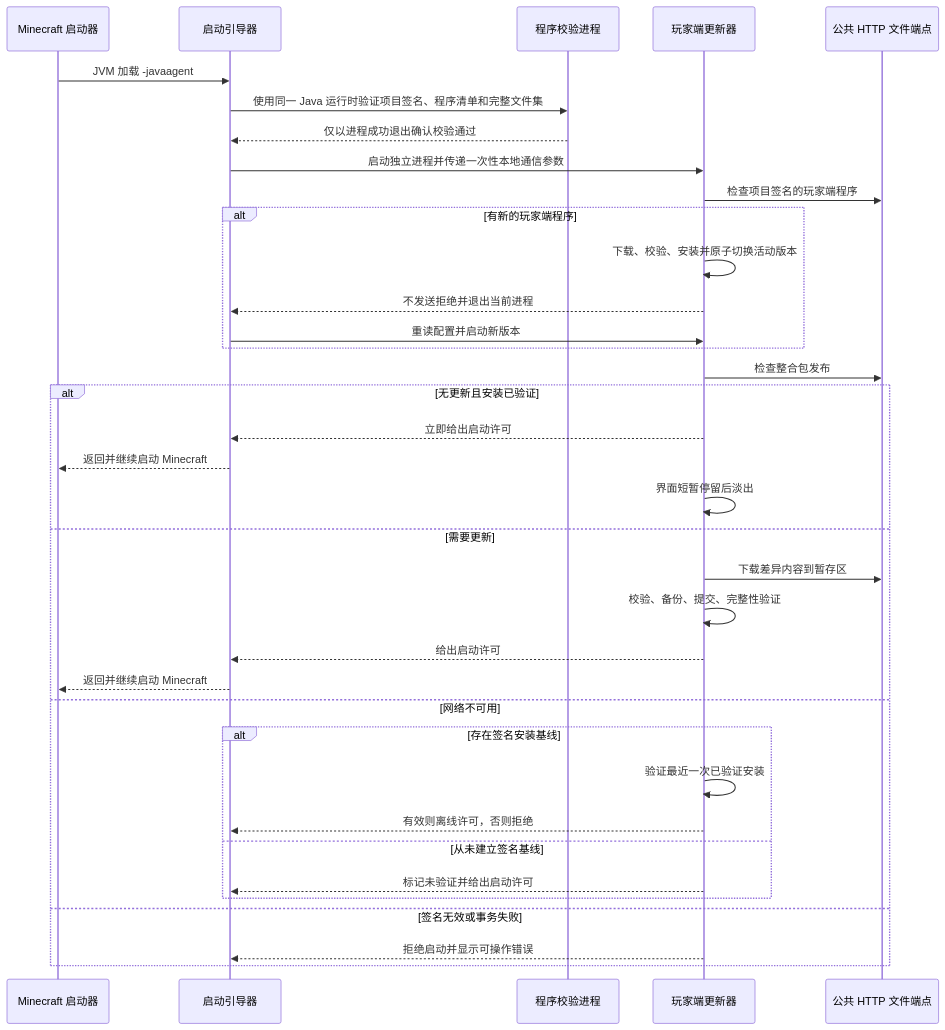
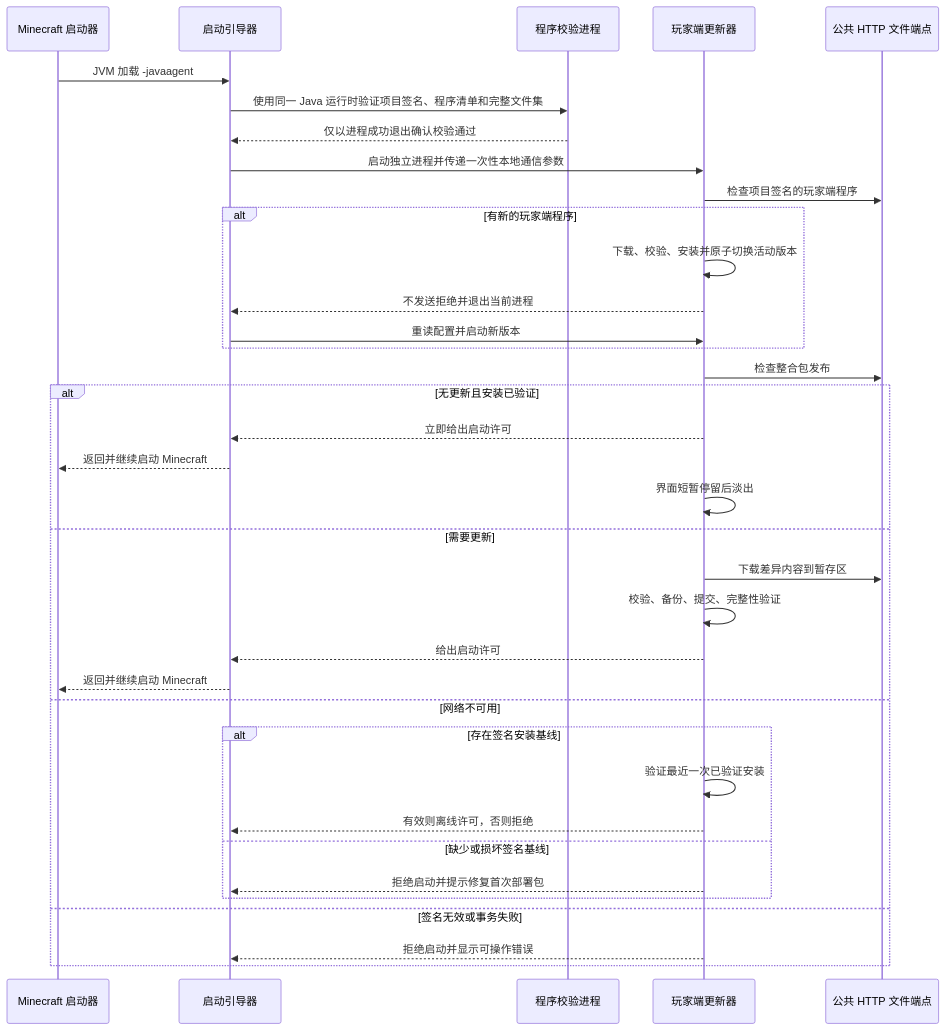
Before and after one commit to hanhanyu666/DreamingFish-Updater: the third of 3 diagrams in docs/V1-DESIGN.md, drawn with Mermaid. The commit also changed other lines of this file and 256 other files, not shown here.

````diff
--- a/docs/V1-DESIGN.md
+++ b/docs/V1-DESIGN.md
@@ -147,39 +168,39 @@
 ```mermaid
 sequenceDiagram
     participant L as Minecraft 启动器
     participant A as 启动引导器
     participant V as 程序校验进程
     participant U as 玩家端更新器
     participant H as 公共 HTTP 文件端点
 
     L->>A: JVM 加载 -javaagent
     A->>V: 使用同一 Java 运行时验证项目签名、程序清单和完整文件集
     V-->>A: 仅以进程成功退出确认校验通过
     A->>U: 启动独立进程并传递一次性本地通信参数
     U->>H: 检查项目签名的玩家端程序
     alt 有新的玩家端程序
         U->>U: 下载、校验、安装并原子切换活动版本
         U-->>A: 不发送拒绝并退出当前进程
         A->>U: 重读配置并启动新版本
     end
     U->>H: 检查整合包发布
     alt 无更新且安装已验证
         U-->>A: 立即给出启动许可
         A-->>L: 返回并继续启动 Minecraft
         U->>U: 界面短暂停留后淡出
     else 需要更新
         U->>H: 下载差异内容到暂存区
         U->>U: 校验、备份、提交、完整性验证
         U-->>A: 给出启动许可
         A-->>L: 返回并继续启动 Minecraft
     else 网络不可用
         alt 存在签名安装基线
             U->>U: 验证最近一次已验证安装
             U-->>A: 有效则离线许可，否则拒绝
-        else 从未建立签名基线
-            U-->>A: 标记未验证并给出启动许可
+        else 缺少或损坏签名基线
+            U-->>A: 拒绝启动并提示修复首次部署包
         end
     else 签名无效或事务失败
         U-->>A: 拒绝启动并显示可操作错误
     end
 ```
````
